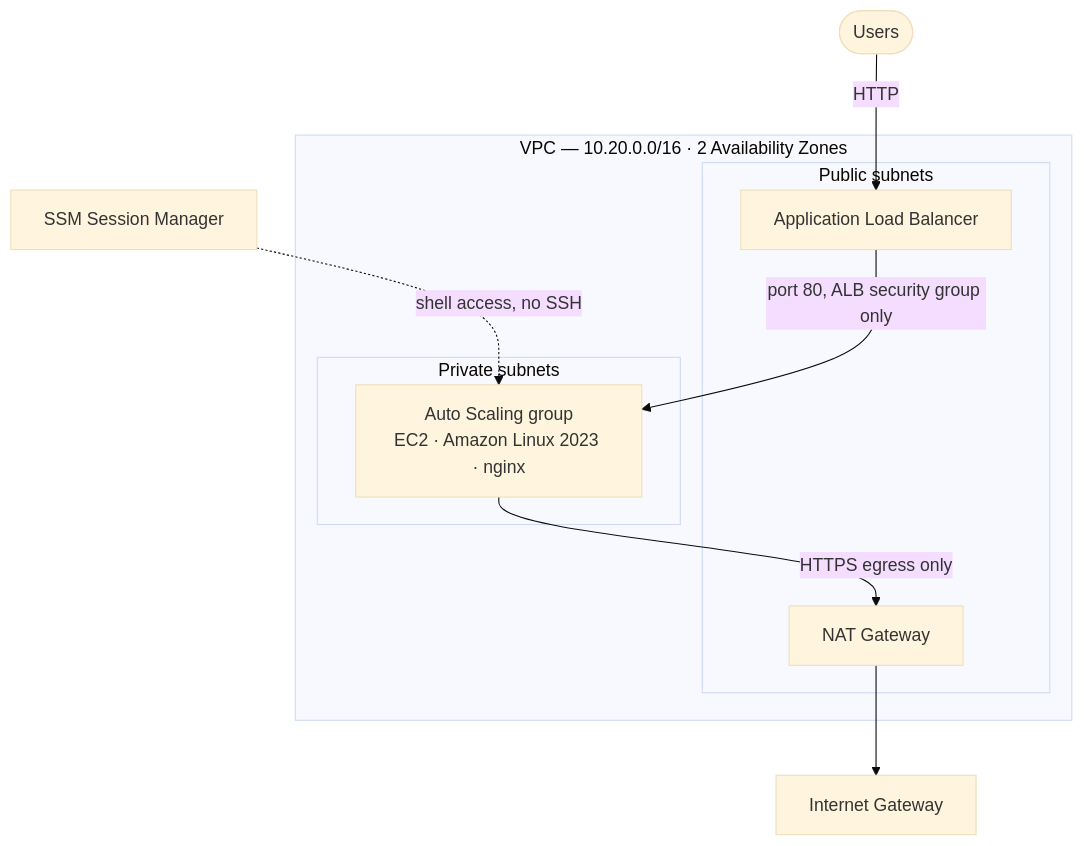
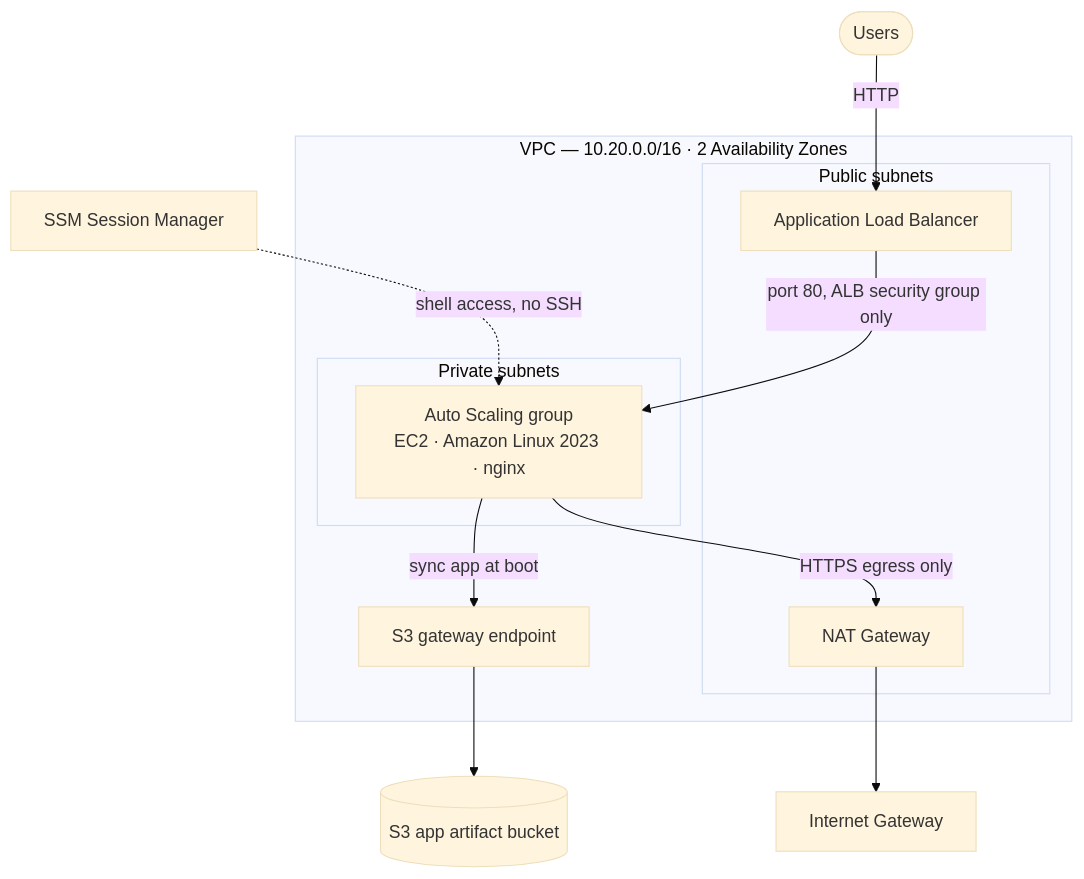
Before and after one commit to dgeofrey/aws-web-platform: the first of 2 diagrams in README.md, drawn with Mermaid (base theme). The commit also changed other lines of this file and 9 other files, not shown here.

````diff
--- a/README.md
+++ b/README.md
@@ -11,18 +15,20 @@
 ```mermaid
 flowchart TB
     user([Users]) -->|HTTP| alb
 
     subgraph vpc["VPC — 10.20.0.0/16 · 2 Availability Zones"]
         subgraph public["Public subnets"]
             alb[Application Load Balancer]
             nat[NAT Gateway]
         end
         subgraph private["Private subnets"]
             asg["Auto Scaling group<br/>EC2 · Amazon Linux 2023 · nginx"]
         end
+        s3ep[S3 gateway endpoint]
     end
 
     alb -->|port 80, ALB security group only| asg
+    asg -->|sync app at boot| s3ep --> s3[(S3 app artifact bucket)]
     asg -->|HTTPS egress only| nat --> igw[Internet Gateway]
     ssm[SSM Session Manager] -.->|shell access, no SSH| asg
 ```
````
